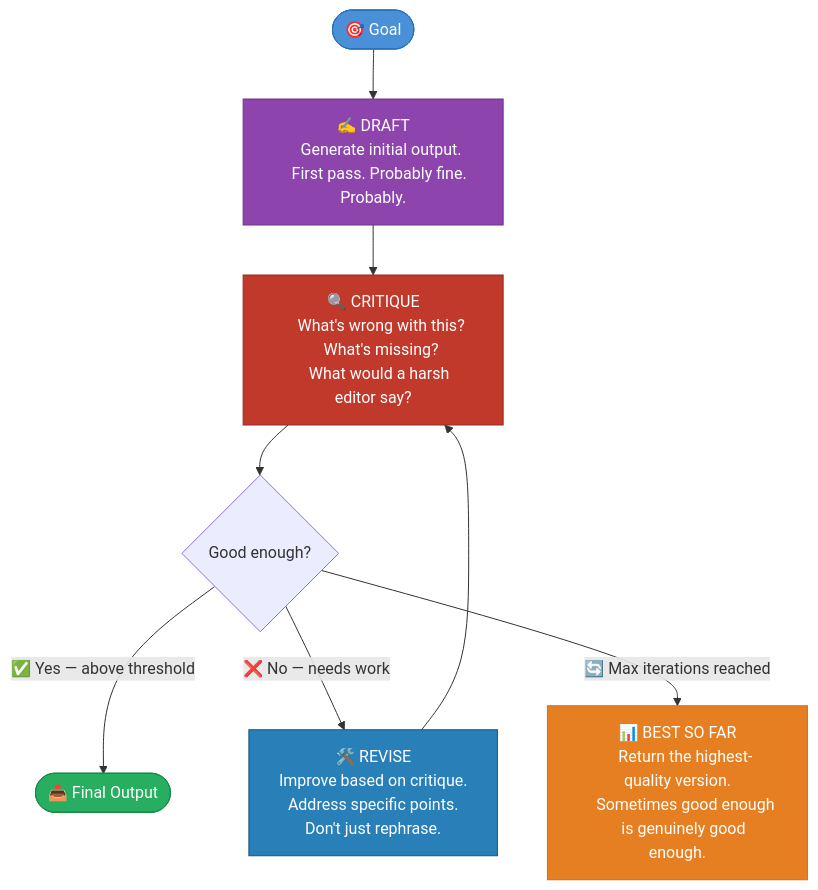
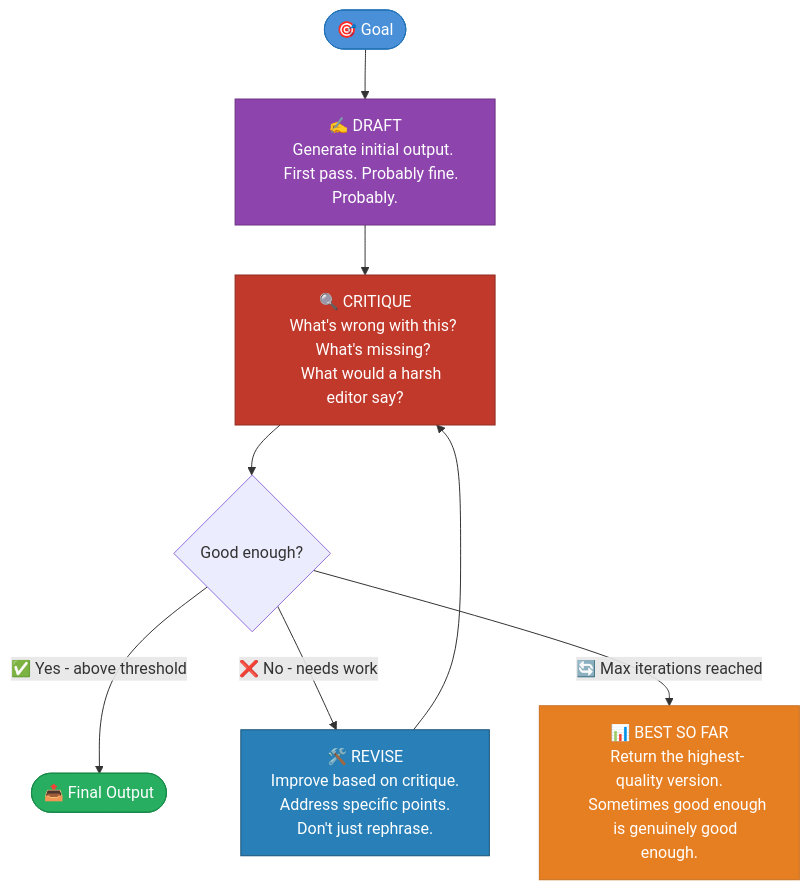
One commit to ayu1712/Guide-AI-Agents changed the diagram in 02_patterns/04-reflection-and-self-critique.md. Above: the diagram before and after it, drawn with Mermaid. The commit also changed other lines of this file and 34 other files, not shown here.

````diff
--- a/02_patterns/04-reflection-and-self-critique.md
+++ b/02_patterns/04-reflection-and-self-critique.md
@@ -20,35 +20,35 @@
 ```mermaid
 flowchart TD
     GOAL([🎯 Goal]) --> DRAFT
 
     DRAFT["✍️ DRAFT
     Generate initial output.
     First pass. Probably fine. Probably."]
 
     DRAFT --> CRITIQUE["🔍 CRITIQUE
     What's wrong with this?
     What's missing?
     What would a harsh editor say?"]
 
     CRITIQUE --> EVAL{Good enough?}
 
-    EVAL -->|"✅ Yes — above threshold"| OUTPUT([📤 Final Output])
-    EVAL -->|"❌ No — needs work"| REVISE["🛠️ REVISE
+    EVAL -->|"✅ Yes - above threshold"| OUTPUT([📤 Final Output])
+    EVAL -->|"❌ No - needs work"| REVISE["🛠️ REVISE
     Improve based on critique.
     Address specific points.
     Don't just rephrase."]
 
     REVISE --> CRITIQUE
 
     EVAL -->|"🔄 Max iterations reached"| BEST["📊 BEST SO FAR
     Return the highest-quality version.
     Sometimes good enough
     is genuinely good enough."]
 
     style GOAL fill:#4A90D9,color:#fff,stroke:#2171b5
     style OUTPUT fill:#27AE60,color:#fff,stroke:#1a8a4a
     style BEST fill:#E67E22,color:#fff,stroke:#ca6f1e
     style DRAFT fill:#8E44AD,color:#fff,stroke:#6c3483
     style CRITIQUE fill:#C0392B,color:#fff,stroke:#922b21
     style REVISE fill:#2980B9,color:#fff,stroke:#1a5276
 ```
````
